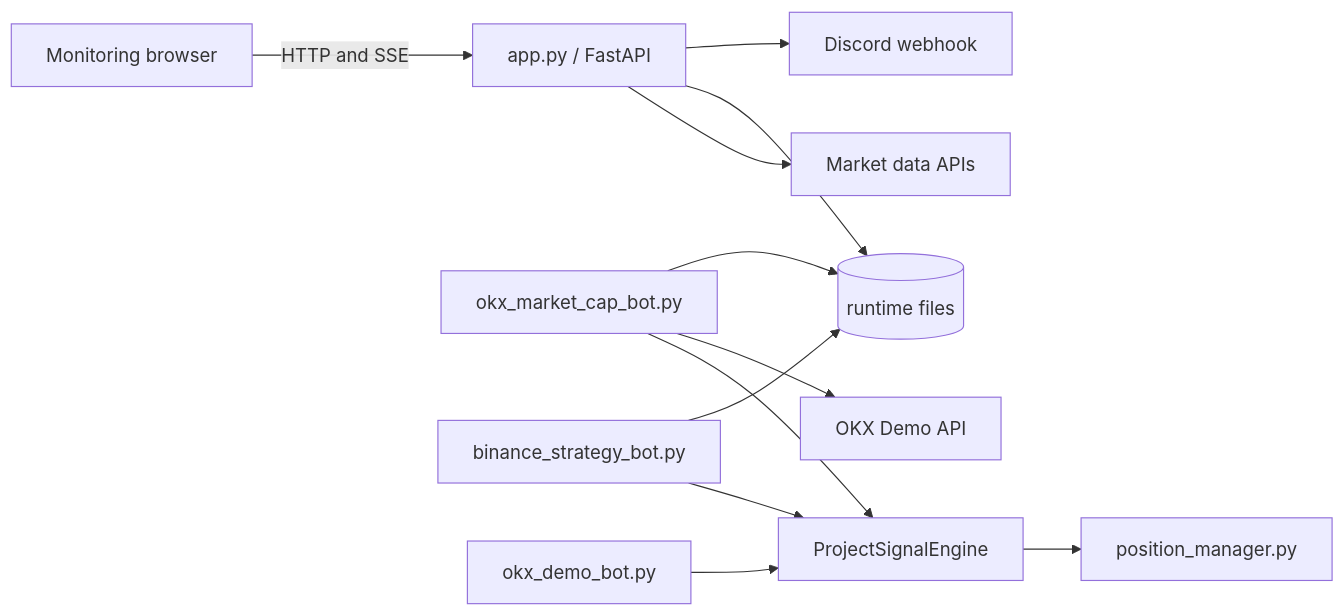
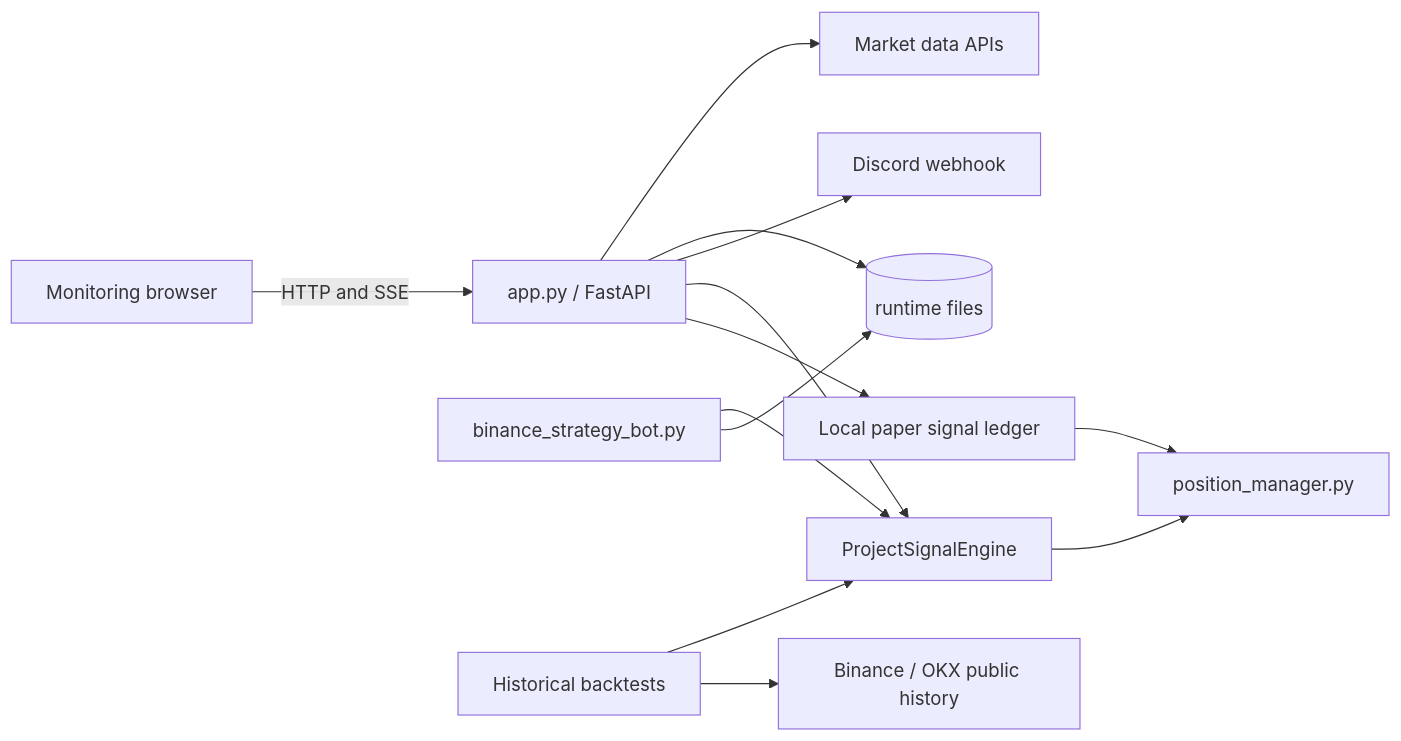
Before and after one commit to HangFengLin/crypto-monitor: the diagram in docs/ARCHITECTURE.md, drawn with Mermaid. The commit also changed other lines of this file and 101 other files, not shown here.

Commit message:
Unify Binance paper research dashboard and VPS deployment

````diff
--- a/docs/ARCHITECTURE.md
+++ b/docs/ARCHITECTURE.md
@@ -5,15 +5,16 @@
 ```mermaid
 flowchart LR
     Browser[Monitoring browser] -->|HTTP and SSE| Web[app.py / FastAPI]
     Web --> Market[Market data APIs]
     Web --> Runtime[(runtime files)]
     Web --> Discord[Discord webhook]
 
-    OKX[okx_market_cap_bot.py] --> Engine[ProjectSignalEngine]
+    Web --> Engine[ProjectSignalEngine]
     Binance[binance_strategy_bot.py] --> Engine
-    Demo[okx_demo_bot.py] --> Engine
+    Research[Historical backtests] --> Engine
+    Research --> PublicData[Binance / OKX public history]
     Engine --> Lifecycle[position_manager.py]
-    OKX --> OKXAPI[OKX Demo API]
-    OKX --> Runtime
+    Web --> Paper[Local paper signal ledger]
+    Paper --> Lifecycle
     Binance --> Runtime
 ```
````
